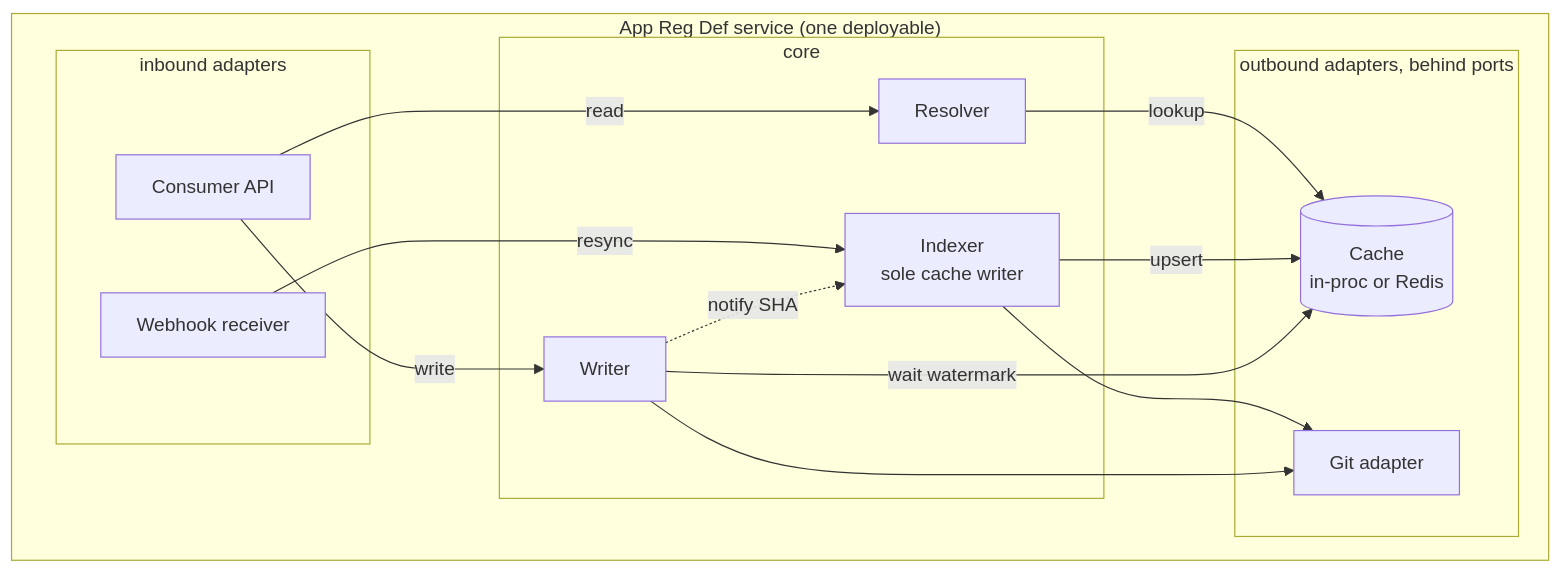
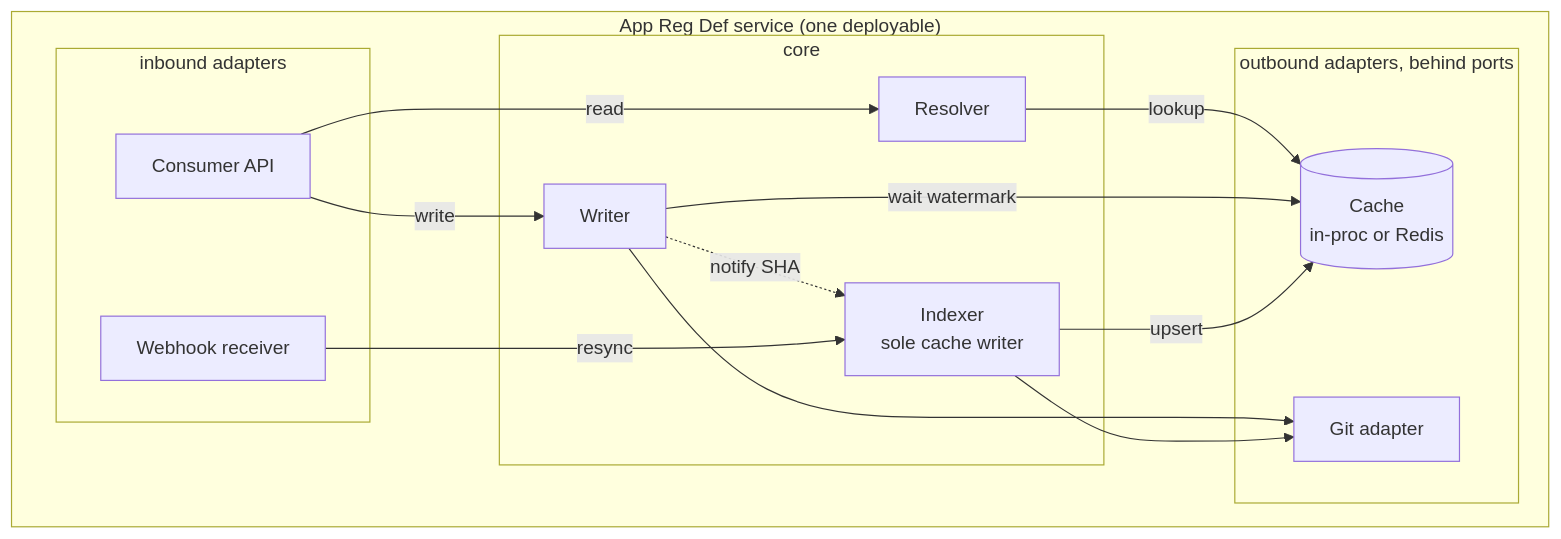
Before and after one commit to Netcracker/qubership-envgene: the second of 5 diagrams in docs/analysis/app-reg-def-service/design/architecture.md, drawn with Mermaid. The commit also changed other lines of this file, not shown here.

First line of the commit message:
docs: reorder the component diagram to reduce edge crossings

````diff
--- a/docs/analysis/app-reg-def-service/design/architecture.md
+++ b/docs/analysis/app-reg-def-service/design/architecture.md
@@ -34,27 +34,27 @@
 ```mermaid
 flowchart TB
   subgraph svc["App Reg Def service (one deployable)"]
     subgraph inb["inbound adapters"]
       api["Consumer API"]
       wh["Webhook receiver"]
     end
     subgraph cor["core"]
       resolver["Resolver"]
+      writer["Writer"]
       indexer["Indexer<br/>sole cache writer"]
-      writer["Writer"]
     end
     subgraph outb["outbound adapters, behind ports"]
       cache[("Cache<br/>in-proc or Redis")]
       gitad["Git adapter"]
     end
   end
   api -->|read| resolver
   resolver -->|lookup| cache
   api -->|write| writer
+  writer --> gitad
+  writer -->|wait watermark| cache
+  writer -. "notify SHA" .-> indexer
   wh -->|resync| indexer
   indexer -->|upsert| cache
   indexer --> gitad
-  writer --> gitad
-  writer -->|wait watermark| cache
-  writer -. "notify SHA" .-> indexer
 ```
````
